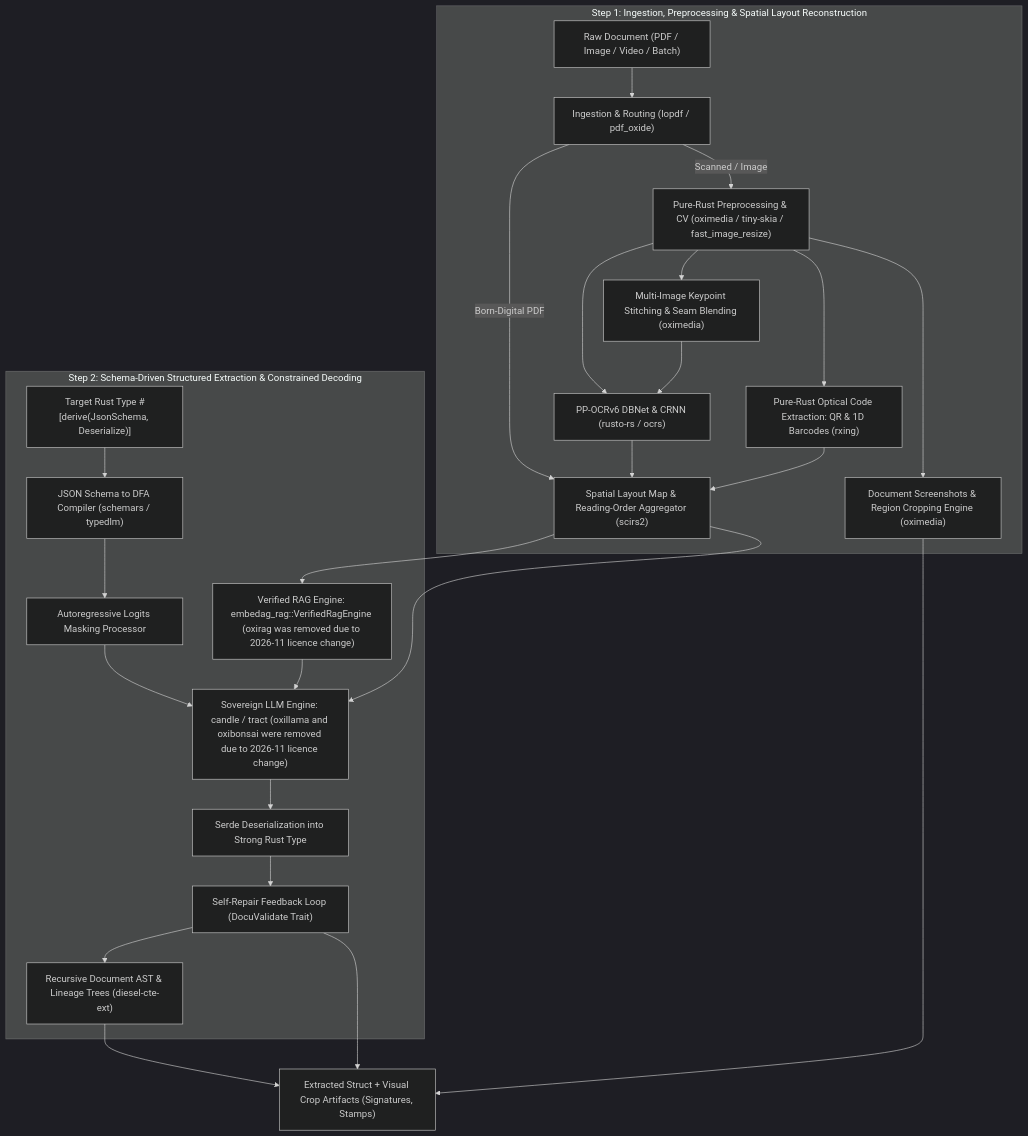
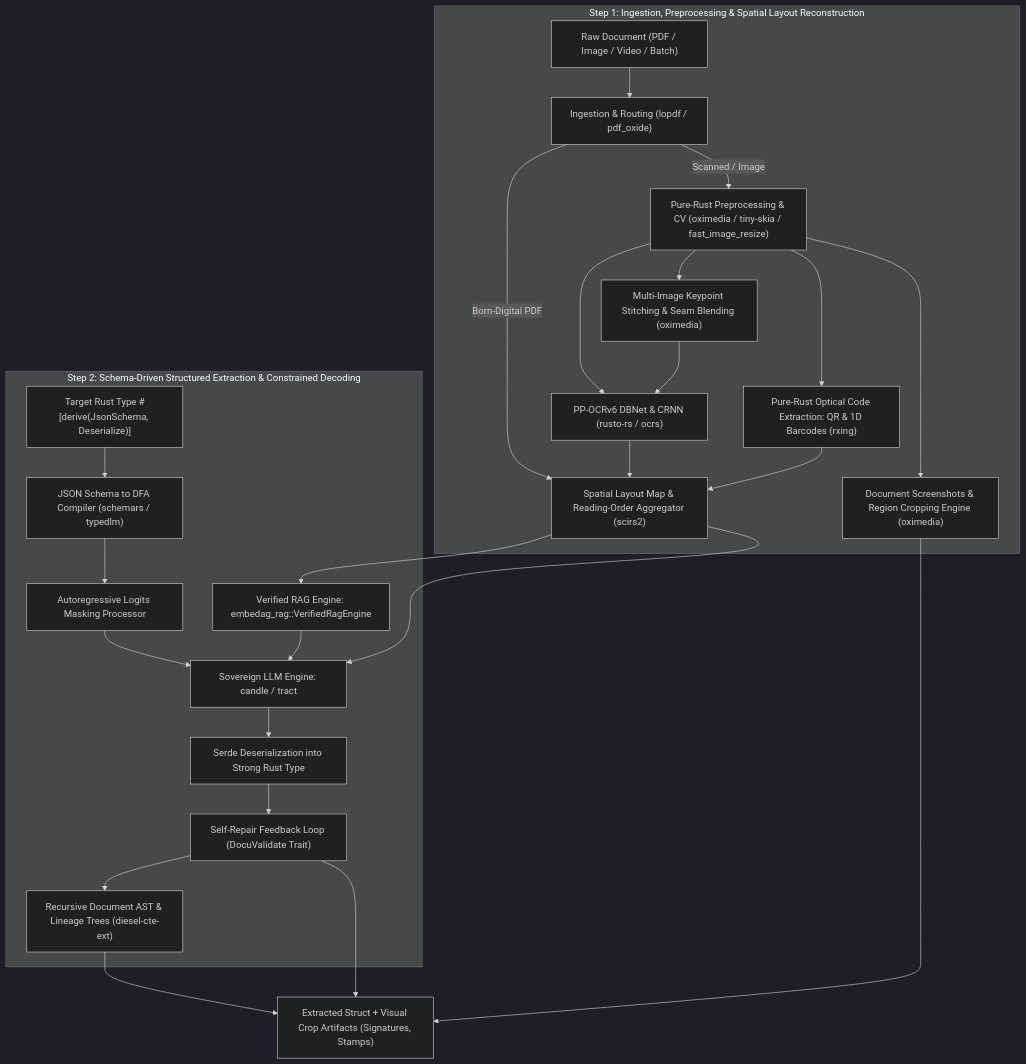
Before and after one commit to yasuomaidana/docula: the diagram in docs/00_MASTER_SPECIFICATION.md, drawn with Mermaid (dark theme). The commit also changed other lines of this file and 16 other files, not shown here.

Commit message:
[DOCULA-45] docs: drop removed oxirag/oxillama/oxibonsai from status and specs

````diff
--- a/docs/00_MASTER_SPECIFICATION.md
+++ b/docs/00_MASTER_SPECIFICATION.md
@@ -13,42 +13,42 @@
 ```mermaid
 flowchart TD
     subgraph Step1["Step 1: Ingestion, Preprocessing & Spatial Layout Reconstruction"]
         InputDoc["Raw Document (PDF / Image / Video / Batch)"]
         Ingest["Ingestion & Routing (lopdf / pdf_oxide)"]
         Preprocess["Pure-Rust Preprocessing & CV (oximedia / tiny-skia / fast_image_resize)"]
         OCR["PP-OCRv6 DBNet & CRNN (rusto-rs / ocrs)"]
         Codes["Pure-Rust Optical Code Extraction: QR & 1D Barcodes (rxing)"]
         SpatialAgg["Spatial Layout Map & Reading-Order Aggregator (scirs2)"]
         Crops["Document Screenshots & Region Cropping Engine (oximedia)"]
         Stitch["Multi-Image Keypoint Stitching & Seam Blending (oximedia)"]
         
         InputDoc --> Ingest
         Ingest -->|Born-Digital PDF| SpatialAgg
         Ingest -->|Scanned / Image| Preprocess --> OCR --> SpatialAgg
         Preprocess --> Stitch --> OCR
         Preprocess --> Codes --> SpatialAgg
         Preprocess --> Crops
     end
 
     subgraph Step2["Step 2: Schema-Driven Structured Extraction & Constrained Decoding"]
         TargetSchema["Target Rust Type #[derive(JsonSchema, Deserialize)]"]
         SchemaCompiler["JSON Schema to DFA Compiler (schemars / typedlm)"]
         LogitsMask["Autoregressive Logits Masking Processor"]
-        LocalLLM["Sovereign LLM Engine: candle / tract (oxillama and oxibonsai were removed due to 2026-11 licence change)"]
-        RAG4Layer["Verified RAG Engine: embedag_rag::VerifiedRagEngine (oxirag was removed due to 2026-11 licence change)"]
+        LocalLLM["Sovereign LLM Engine: candle / tract"]
+        RAG4Layer["Verified RAG Engine: embedag_rag::VerifiedRagEngine"]
         DieselCTE["Recursive Document AST & Lineage Trees (diesel-cte-ext)"]
         Deser["Serde Deserialization into Strong Rust Type"]
         SelfRepair["Self-Repair Feedback Loop (DocuValidate Trait)"]
         
         SpatialAgg --> RAG4Layer
         RAG4Layer --> LocalLLM
         SpatialAgg --> LocalLLM
         TargetSchema --> SchemaCompiler --> LogitsMask --> LocalLLM
         LocalLLM --> Deser --> SelfRepair
         SelfRepair --> DieselCTE
     end
 
     Crops --> Out["Extracted Struct + Visual Crop Artifacts (Signatures, Stamps)"]
     SelfRepair --> Out
     DieselCTE --> Out
 ```
````
